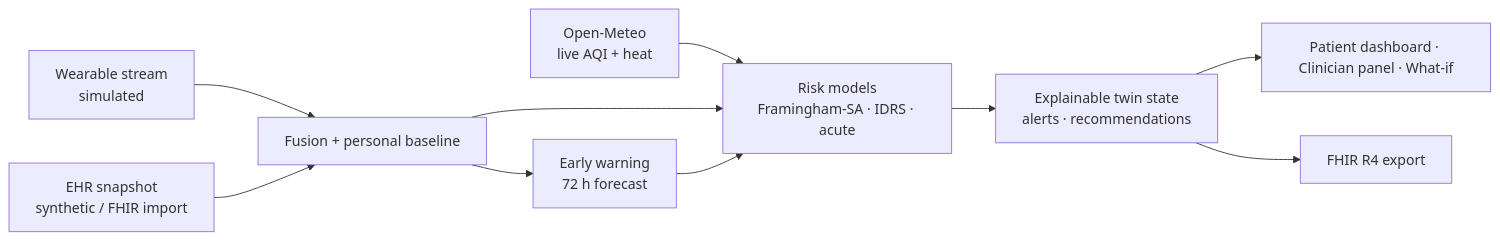
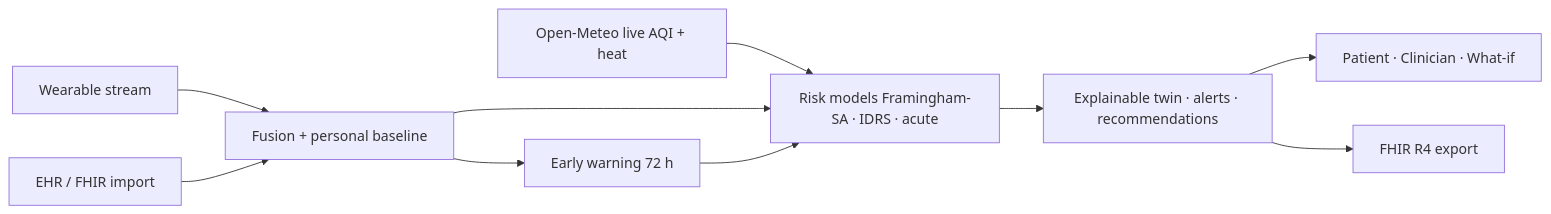
The diagram in README.md (Pavan3030-pr/VitaTwin), drawn with Mermaid before and after one commit. The commit also changed other lines of this file, not shown here.

````diff
--- a/README.md
+++ b/README.md
@@ -47,12 +106,12 @@
 ```mermaid
 flowchart LR
-  W[Wearable stream<br/>simulated] --> F[Fusion + personal baseline]
-  E[EHR snapshot<br/>synthetic / FHIR import] --> F
-  A[Open-Meteo<br/>live AQI + heat] --> R
-  F --> EW[Early warning<br/>72 h forecast]
-  F --> R[Risk models<br/>Framingham-SA · IDRS · acute]
+  W[Wearable stream] --> F[Fusion + personal baseline]
+  E[EHR / FHIR import] --> F
+  A[Open-Meteo live AQI + heat] --> R
+  F --> EW[Early warning 72 h]
+  F --> R[Risk models Framingham-SA · IDRS · acute]
   EW --> R
-  R --> X[Explainable twin state<br/>alerts · recommendations]
-  X --> UI[Patient dashboard · Clinician panel · What-if]
+  R --> X[Explainable twin · alerts · recommendations]
+  X --> UI[Patient · Clinician · What-if]
   X --> FH[FHIR R4 export]
 ```
````
